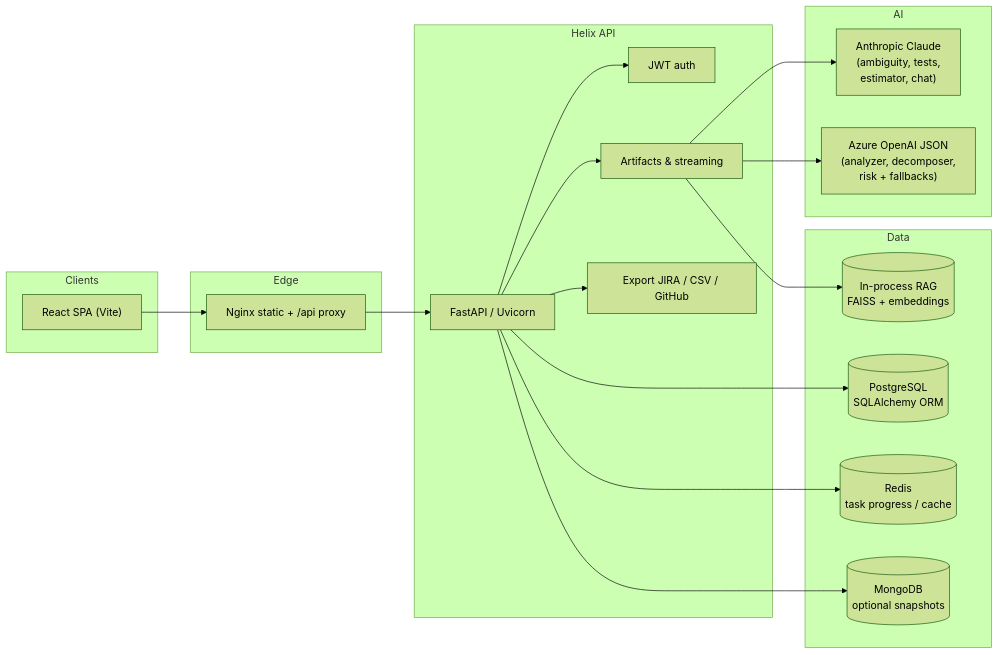
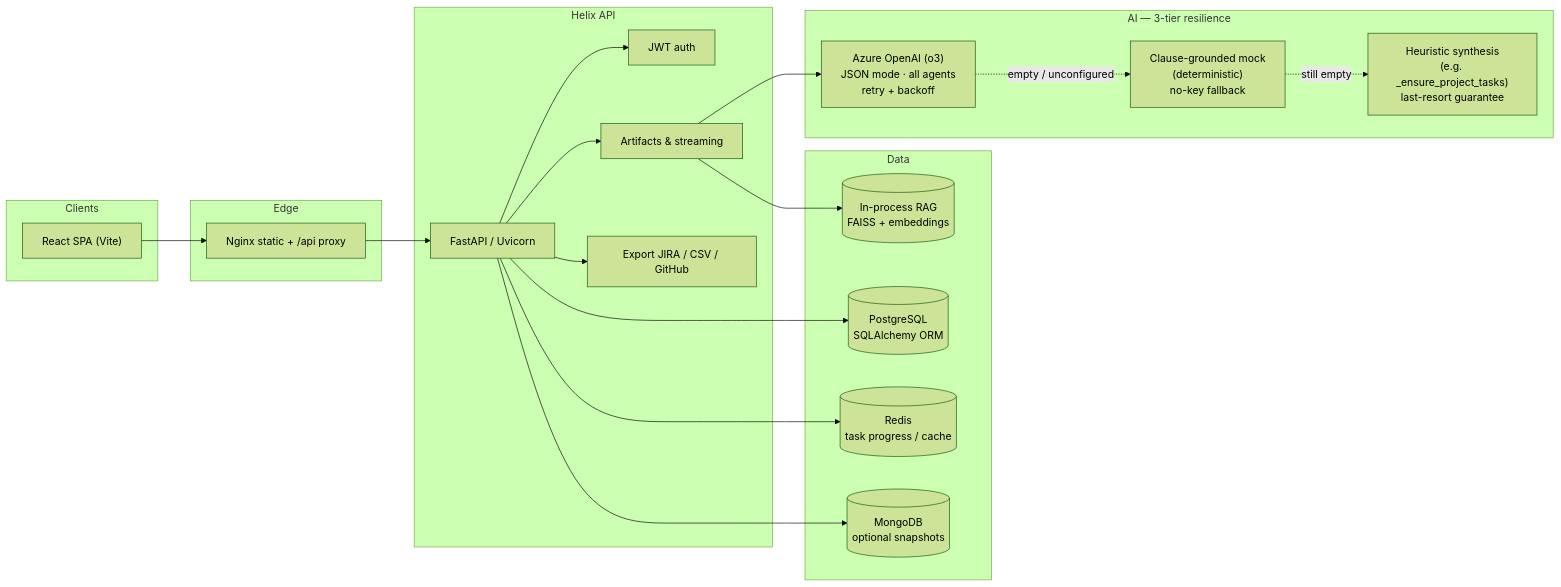
One commit to siddham04/AIThon changed the diagram in ARCHITECTURE.md. Above: the diagram before and after it, drawn with Mermaid (forest theme). The commit also changed other lines of this file and 61 other files, not shown here.

````diff
--- a/ARCHITECTURE.md
+++ b/ARCHITECTURE.md
@@ -7,41 +9,43 @@
 ```mermaid
 flowchart LR
   subgraph clients["Clients"]
     UI["React SPA (Vite)"]
   end
 
   subgraph edge["Edge"]
     NGINX["Nginx static + /api proxy"]
   end
 
   subgraph api["Helix API"]
     FAST["FastAPI / Uvicorn"]
     AUTH["JWT auth"]
     ART["Artifacts & streaming"]
     EXP["Export JIRA / CSV / GitHub"]
   end
 
   subgraph data["Data"]
     PG[("PostgreSQL\nSQLAlchemy ORM")]
     RD[("Redis\ntask progress / cache")]
     MO[("MongoDB\noptional snapshots")]
     VEC[("In-process RAG\nFAISS + embeddings")]
   end
 
-  subgraph ai["AI"]
-    ANTH["Anthropic Claude\n(ambiguity, tests,\nestimator, chat)"]
-    AZURE["Azure OpenAI JSON\n(analyzer, decomposer,\nrisk + fallbacks)"]
+  subgraph ai["AI — 3-tier resilience"]
+    AZURE["Azure OpenAI (o3)<br/>JSON mode · all agents<br/>retry + backoff"]
+    MOCK["Clause-grounded mock<br/>(deterministic)<br/>no-key fallback"]
+    HEUR["Heuristic synthesis<br/>(e.g. _ensure_project_tasks)<br/>last-resort guarantee"]
   end
 
   UI --> NGINX
   NGINX --> FAST
   FAST --> AUTH
   FAST --> ART
   FAST --> EXP
   FAST --> PG
   FAST --> RD
   FAST --> MO
-  ART --> ANTH
   ART --> AZURE
+  AZURE -.->|empty / unconfigured| MOCK
+  MOCK -.->|still empty| HEUR
   ART --> VEC
 ```
````
